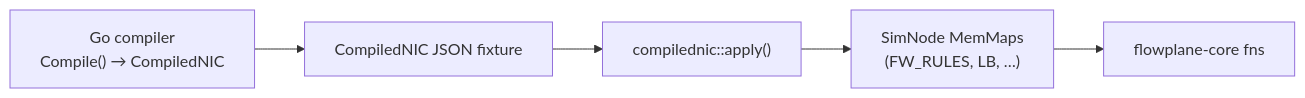
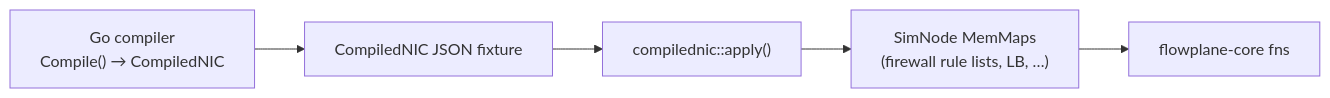
The first of 2 diagrams in docs/testing/sim.md (trevex/ectobase), drawn with Mermaid before and after one commit. The commit also changed other lines of this file and 7 other files, not shown here.

````diff
--- a/docs/testing/sim.md
+++ b/docs/testing/sim.md
@@ -66,9 +69,9 @@
 ```mermaid
 flowchart LR
     go["Go compiler<br/>Compile() → CompiledNIC"]
     json["CompiledNIC JSON fixture"]
     apply["compilednic::apply()"]
-    maps["SimNode MemMaps<br/>(FW_RULES, LB, …)"]
+    maps["SimNode MemMaps<br/>(firewall rule lists, LB, …)"]
     core["flowplane-core fns"]
     go --> json --> apply --> maps --> core
 ```
````
